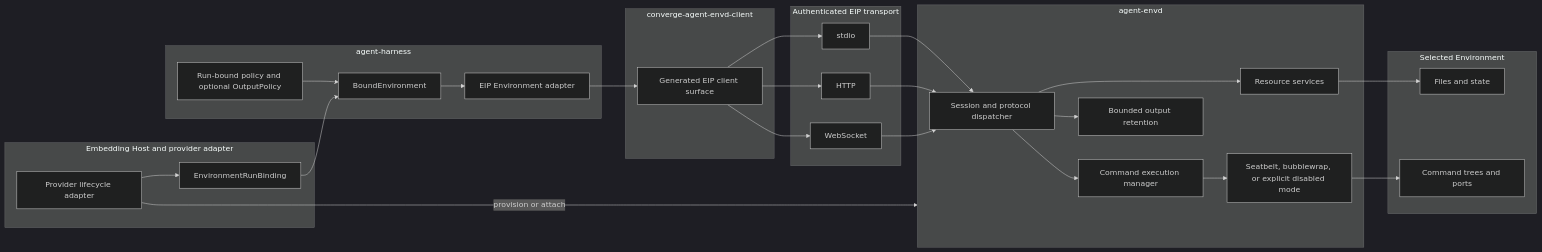
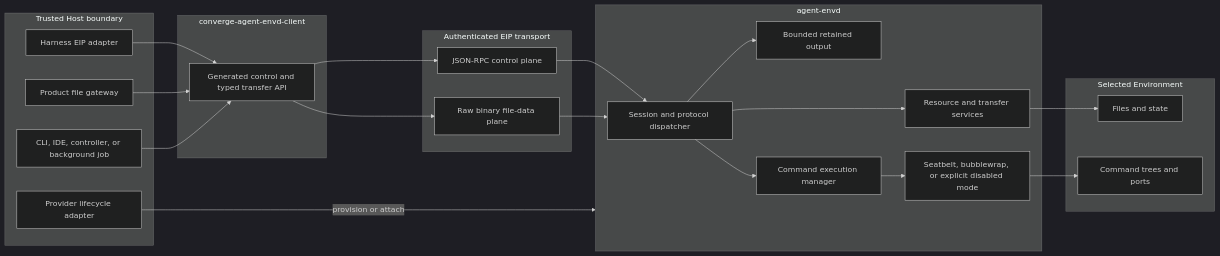
Before and after one commit to LTThreeComma/agent-foundation: the first of 2 diagrams in spec/agent-envd/00-overview.md, drawn with Mermaid (dark theme). The commit also changed other lines of this file and 12 other files, not shown here.

````diff
--- a/spec/agent-envd/00-overview.md
+++ b/spec/agent-envd/00-overview.md
@@ -13,45 +15,39 @@
 ```mermaid
 flowchart LR
-    subgraph Host[Embedding Host and provider adapter]
+    subgraph Host[Trusted Host boundary]
         Provider[Provider lifecycle adapter]
-        Binding[EnvironmentRunBinding]
-    end
-
-    subgraph Harness[agent-harness]
-        Bound[BoundEnvironment]
-        Adapter[EIP Environment adapter]
-        Policy[Run-bound policy and optional OutputPolicy]
+        Harness[Harness EIP adapter]
+        Gateway[Product file gateway]
+        Other[CLI, IDE, controller, or background job]
     end
 
     subgraph ClientPackage[converge-agent-envd-client]
-        Client[Generated EIP client surface]
+        Client[Generated control and typed transfer API]
     end
 
     subgraph Transport[Authenticated EIP transport]
-        Stdio[stdio]
-        HTTP[HTTP]
-        WS[WebSocket]
+        Control[JSON-RPC control plane]
+        Data[Raw binary file-data plane]
     end
 
     subgraph Envd[agent-envd]
         Session[Session and protocol dispatcher]
-        Resources[Resource services]
-        Output[Bounded output retention]
+        Resources[Resource and transfer services]
+        Output[Bounded retained output]
         Execution[Command execution manager]
         Isolation[Seatbelt, bubblewrap, or explicit disabled mode]
     end
 
     subgraph Native[Selected Environment]
         Files[Files and state]
         Processes[Command trees and ports]
     end
 
     Provider -->|provision or attach| Envd
-    Provider --> Binding --> Bound
-    Policy --> Bound --> Adapter --> Client
-    Client --> Stdio & HTTP & WS
-    Stdio & HTTP & WS --> Session
+    Harness & Gateway & Other --> Client
+    Client --> Control & Data
+    Control & Data --> Session
     Session --> Resources & Output & Execution
     Resources --> Files
     Execution --> Isolation --> Processes
 ```
````
